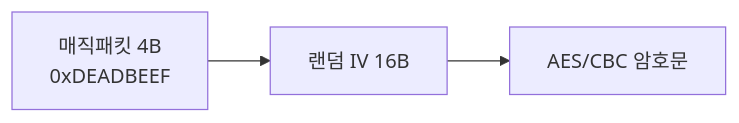
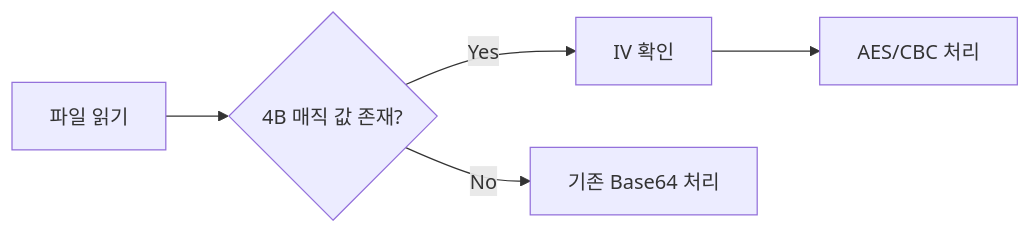
Before and after one commit to thdwjdrl401/dev_retrospective: the third of 11 diagrams in moiso/README.md, drawn with Mermaid. The commit also changed other lines of this file, not shown here.

````diff
--- a/moiso/README.md
+++ b/moiso/README.md
@@ -52,4 +118,7 @@
 ```mermaid
 flowchart LR
-  M["매직패킷 4B<br/>0xDEADBEEF"] --> IV["랜덤 IV 16B"] --> C["AES/CBC 암호문"]
+    A["파일 읽기"] --> B{"4B 매직 값 존재?"}
+    B -- Yes --> C["IV 확인"]
+    C --> D["AES/CBC 처리"]
+    B -- No --> E["기존 Base64 처리"]
 ```
````
